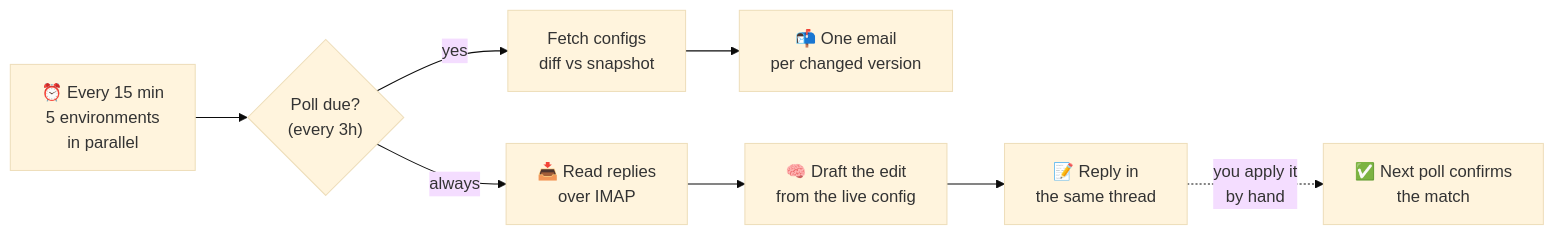
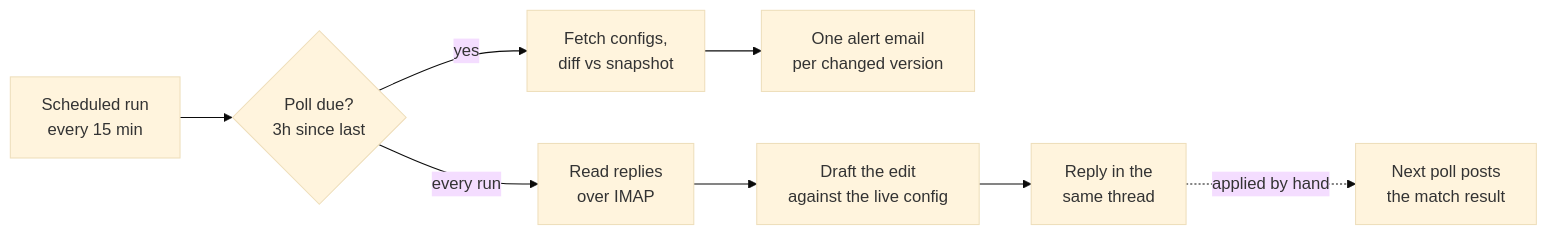
The first of 2 diagrams in README.md (Sp1deyGen/vertexAIMonitor), drawn with Mermaid (base theme) before and after one commit. The commit also changed other lines of this file, not shown here.

````diff
--- a/README.md
+++ b/README.md
@@ -50,10 +38,10 @@
 ```mermaid
 flowchart LR
-    A["⏰ Every 15 min<br/>5 environments<br/>in parallel"] --> B{"Poll due?<br/>(every 3h)"}
-    B -- yes --> C["Fetch configs<br/>diff vs snapshot"]
-    C --> D["📬 One email<br/>per changed version"]
-    B -- always --> E["📥 Read replies<br/>over IMAP"]
-    E --> F["🧠 Draft the edit<br/>from the live config"]
-    F --> G["📝 Reply in<br/>the same thread"]
-    G -. "you apply it<br/>by hand" .-> H["✅ Next poll confirms<br/>the match"]
+    A["Scheduled run<br/>every 15 min"] --> B{"Poll due?<br/>3h since last"}
+    B -- yes --> C["Fetch configs,<br/>diff vs snapshot"]
+    C --> D["One alert email<br/>per changed version"]
+    B -- every run --> E["Read replies<br/>over IMAP"]
+    E --> F["Draft the edit<br/>against the live config"]
+    F --> G["Reply in the<br/>same thread"]
+    G -. "applied by hand" .-> H["Next poll posts<br/>the match result"]
 ```
````
